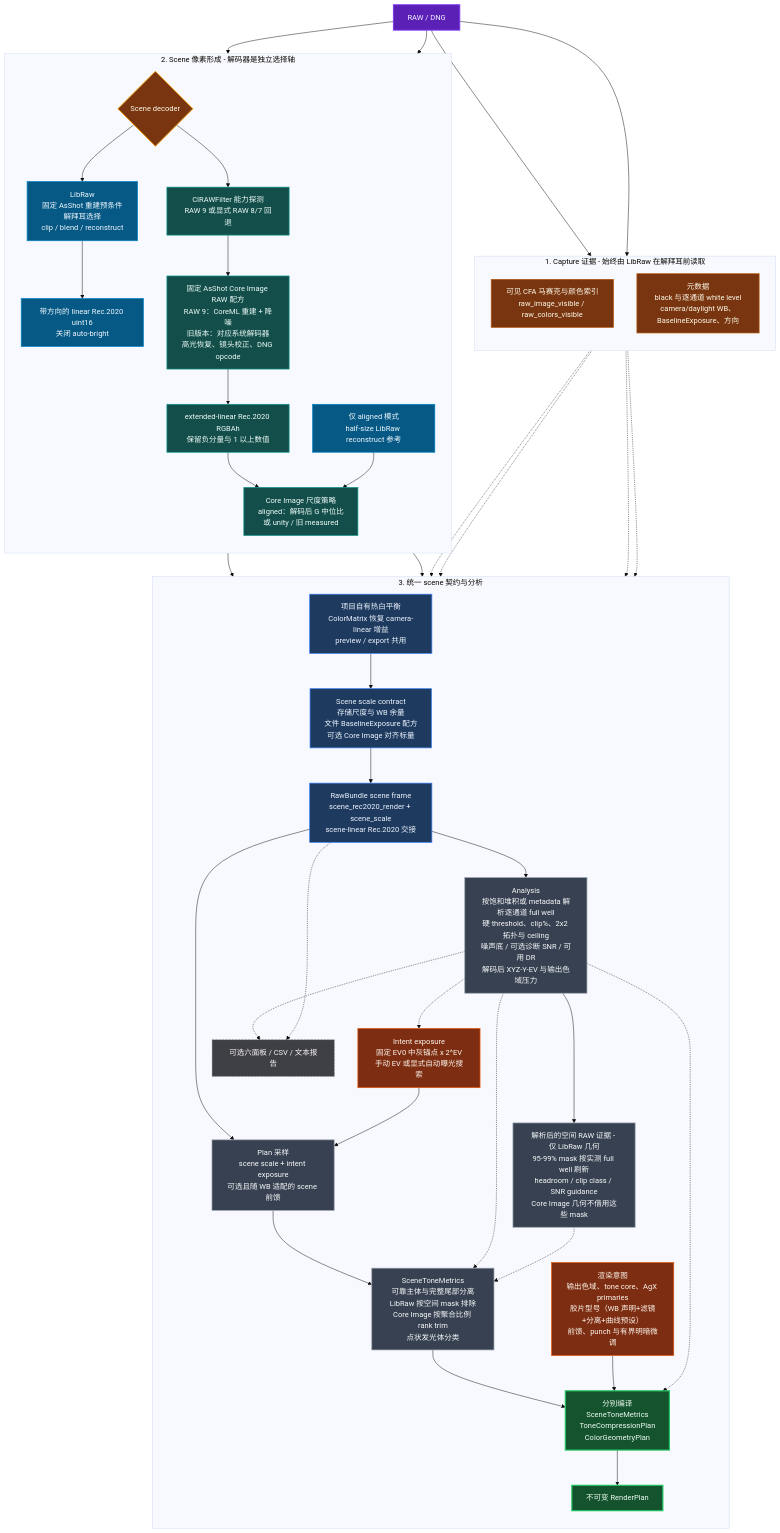
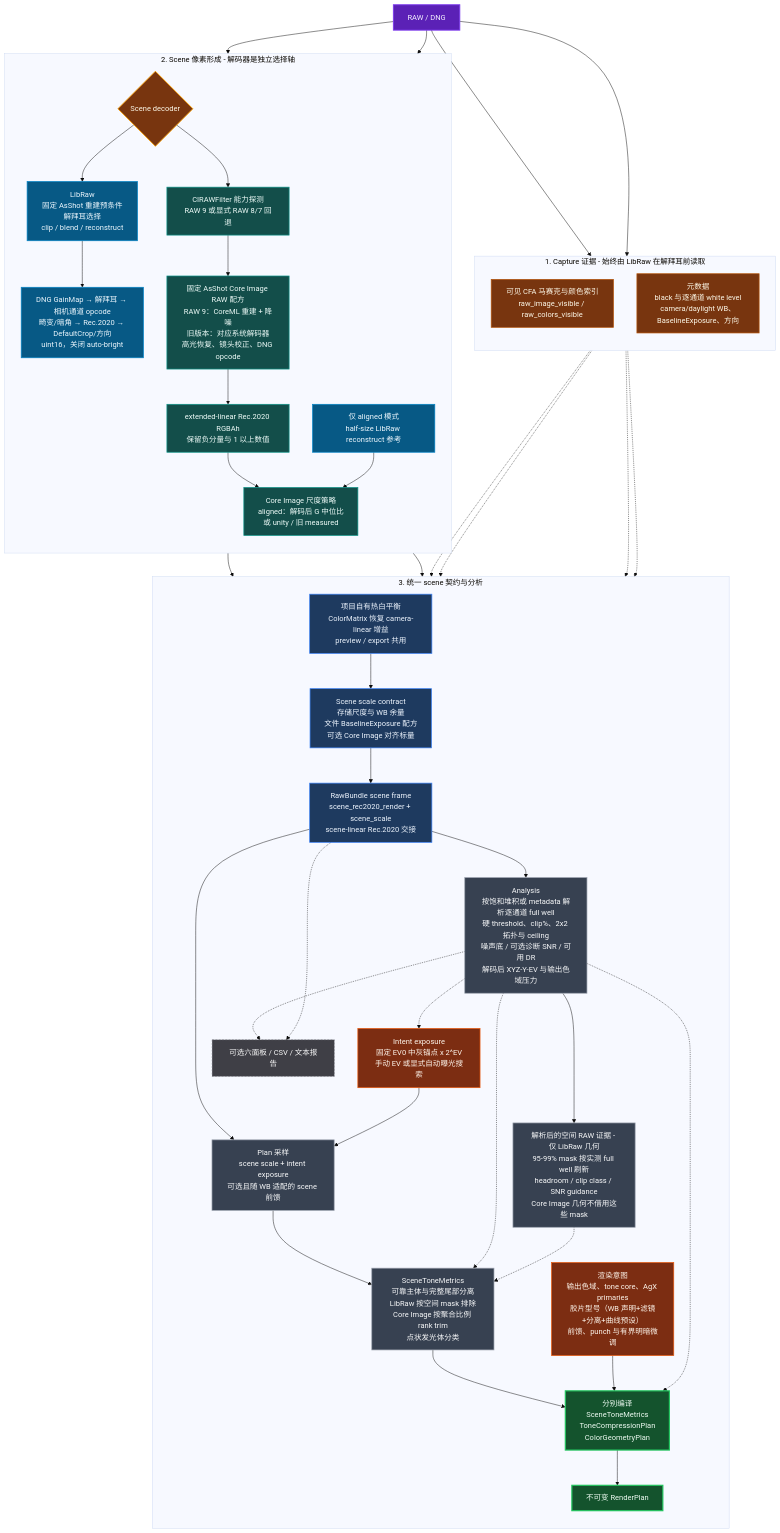
The first of 3 diagrams in docs/ARCHITECTURE.zh-CN.md (Gen-416/AgXRAW), drawn with Mermaid (base theme) before and after one commit. The commit also changed other lines of this file and 21 other files, not shown here.

```diff
--- a/docs/ARCHITECTURE.zh-CN.md
+++ b/docs/ARCHITECTURE.zh-CN.md
@@ -97,7 +97,7 @@
         direction TB
         SELECT{"Scene decoder"}
         LR["LibRaw<br/>固定 AsShot 重建预条件<br/>解拜耳选择<br/>clip / blend / reconstruct"]
-        LRRGB["带方向的 linear Rec.2020 uint16<br/>关闭 auto-bright"]
+        LRRGB["DNG GainMap → 解拜耳 → 相机通道 opcode<br/>畸变/暗角 → Rec.2020 → DefaultCrop/方向<br/>uint16，关闭 auto-bright"]
         CIPROBE["CIRAWFilter 能力探测<br/>RAW 9 或显式 RAW 8/7 回退"]
         CI["固定 AsShot Core Image RAW 配方<br/>RAW 9：CoreML 重建 + 降噪<br/>旧版本：对应系统解码器<br/>高光恢复、镜头校正、DNG opcode"]
         CIRGB["extended-linear Rec.2020 RGBAh<br/>保留负分量与 1 以上数值"]
```
